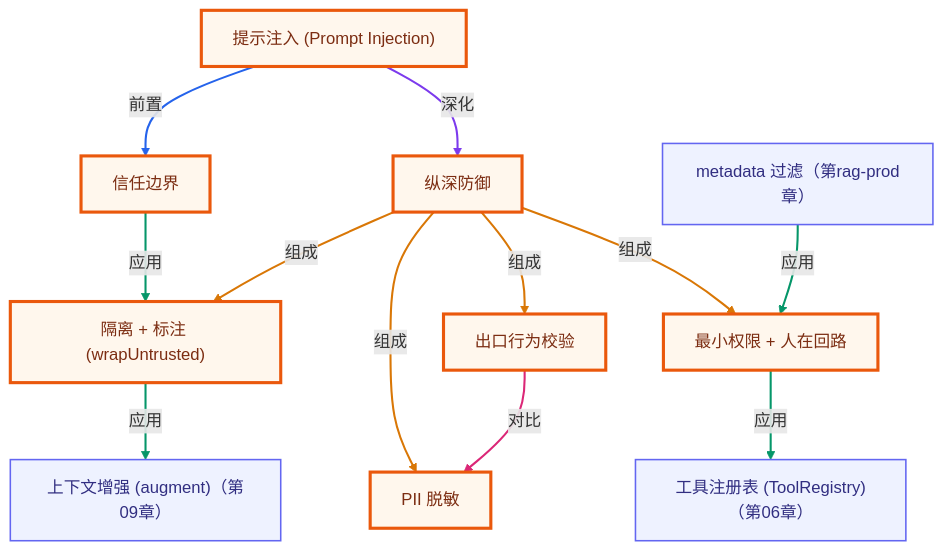
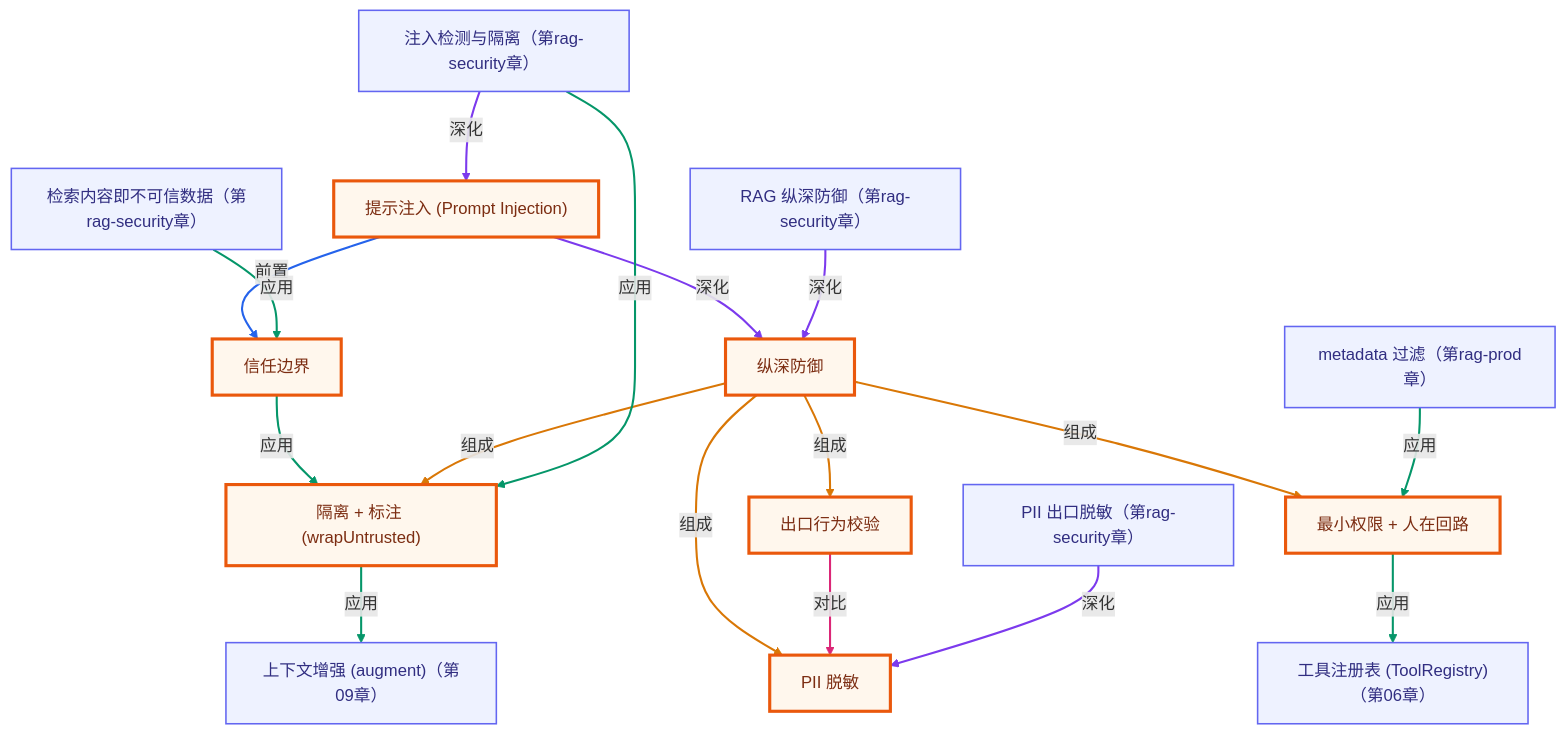
One commit to songuu/agent changed the second of 2 diagrams in lessons/17-safety-and-guardrails/README.md. Above: the diagram before and after it, drawn with Mermaid. The commit also changed other lines of this file and 22 other files, not shown here.

First line of the commit message:
Update knowledge graph and plans for RAG security and indexing enhancements

````diff
--- a/lessons/17-safety-and-guardrails/README.md
+++ b/lessons/17-safety-and-guardrails/README.md
@@ -201,39 +201,53 @@
 ```mermaid
 graph TB
   classDef own fill:#fff7ed,stroke:#ea580c,stroke-width:3px,color:#7c2d12;
   classDef cross fill:#eef2ff,stroke:#6366f1,stroke-width:1.5px,color:#312e81;
   n_c17_prompt_injection["提示注入 (Prompt Injection)"]
   n_c17_trust_boundary["信任边界"]
   n_c17_isolate_and_label["隔离 + 标注 (wrapUntrusted)"]
   n_c17_defense_in_depth["纵深防御"]
   n_c17_output_validation["出口行为校验"]
   n_c17_pii_redaction["PII 脱敏"]
   n_c17_human_in_the_loop["最小权限 + 人在回路"]
   n_c09_augment_prompt["上下文增强 (augment)（第09章）"]
   n_c06_tool_registry["工具注册表 (ToolRegistry)（第06章）"]
   n_cragprod_metadata_filter["metadata 过滤（第rag-prod章）"]
+  n_cragsec_untrusted_retrieval["检索内容即不可信数据（第rag-security章）"]
+  n_cragsec_injection_detection["注入检测与隔离（第rag-security章）"]
+  n_cragsec_pii_redaction["PII 出口脱敏（第rag-security章）"]
+  n_cragsec_defense_in_depth["RAG 纵深防御（第rag-security章）"]
   n_c17_prompt_injection -->|前置| n_c17_trust_boundary
   n_c17_trust_boundary -->|应用| n_c17_isolate_and_label
   n_c17_defense_in_depth -->|组成| n_c17_isolate_and_label
   n_c17_defense_in_depth -->|组成| n_c17_output_validation
   n_c17_defense_in_depth -->|组成| n_c17_pii_redaction
   n_c17_defense_in_depth -->|组成| n_c17_human_in_the_loop
   n_c17_output_validation -->|对比| n_c17_pii_redaction
   n_c17_prompt_injection -->|深化| n_c17_defense_in_depth
   n_c17_isolate_and_label -->|应用| n_c09_augment_prompt
   n_c17_human_in_the_loop -->|应用| n_c06_tool_registry
   n_cragprod_metadata_filter -->|应用| n_c17_human_in_the_loop
+  n_cragsec_untrusted_retrieval -->|应用| n_c17_trust_boundary
+  n_cragsec_injection_detection -->|深化| n_c17_prompt_injection
+  n_cragsec_injection_detection -->|应用| n_c17_isolate_and_label
+  n_cragsec_pii_redaction -->|深化| n_c17_pii_redaction
+  n_cragsec_defense_in_depth -->|深化| n_c17_defense_in_depth
   class n_c17_prompt_injection,n_c17_trust_boundary,n_c17_isolate_and_label,n_c17_defense_in_depth,n_c17_output_validation,n_c17_pii_redaction,n_c17_human_in_the_loop own;
-  class n_c09_augment_prompt,n_c06_tool_registry,n_cragprod_metadata_filter cross;
+  class n_c09_augment_prompt,n_c06_tool_registry,n_cragprod_metadata_filter,n_cragsec_untrusted_retrieval,n_cragsec_injection_detection,n_cragsec_pii_redaction,n_cragsec_defense_in_depth cross;
   linkStyle 0 stroke:#2563eb,stroke-width:2px;
   linkStyle 1 stroke:#059669,stroke-width:2px;
   linkStyle 2 stroke:#d97706,stroke-width:2px;
   linkStyle 3 stroke:#d97706,stroke-width:2px;
   linkStyle 4 stroke:#d97706,stroke-width:2px;
   linkStyle 5 stroke:#d97706,stroke-width:2px;
   linkStyle 6 stroke:#db2777,stroke-width:2px;
   linkStyle 7 stroke:#7c3aed,stroke-width:2px;
   linkStyle 8 stroke:#059669,stroke-width:2px;
   linkStyle 9 stroke:#059669,stroke-width:2px;
   linkStyle 10 stroke:#059669,stroke-width:2px;
+  linkStyle 11 stroke:#059669,stroke-width:2px;
+  linkStyle 12 stroke:#7c3aed,stroke-width:2px;
+  linkStyle 13 stroke:#059669,stroke-width:2px;
+  linkStyle 14 stroke:#7c3aed,stroke-width:2px;
+  linkStyle 15 stroke:#7c3aed,stroke-width:2px;
 ```
````
